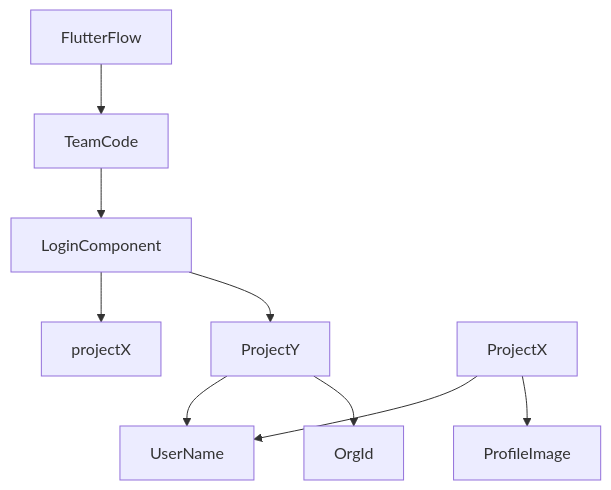
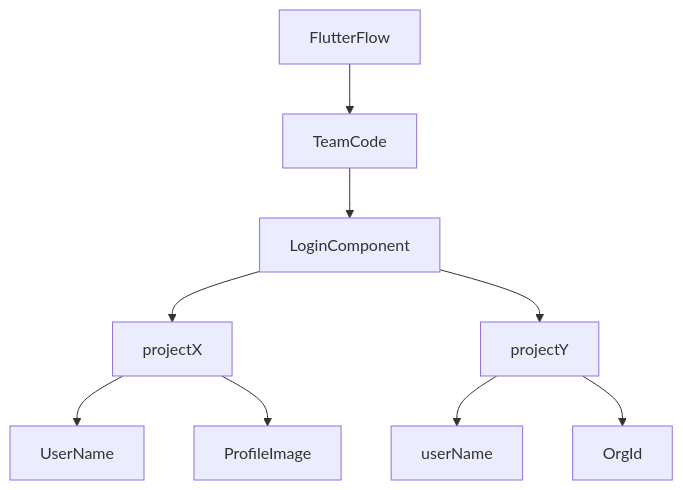
Before and after one commit to UX-Living-Lab-Flutter-flow-projects/Dowell-Mobile-Login-Component: the diagram in README.md, drawn with Mermaid.

Commit message:
Updated diagram README.md

````diff
--- a/README.md
+++ b/README.md
@@ -10,12 +10,12 @@
 ```mermaid
 graph TD;
     FlutterFlow --> TeamCode;
     TeamCode --> LoginComponent;
      LoginComponent--> projectX;
-     LoginComponent-->  ProjectY;
-     ProjectX--> UserName;
-     ProjectX--> ProfileImage;
-     ProjectY--> UserName;
-     ProjectY--> OrgId;    
+     LoginComponent-->  projectY;
+     projectX--> UserName;
+     projectX--> ProfileImage;
+     projectY--> userName;
+     projectY--> OrgId;    
   
 ```
````
